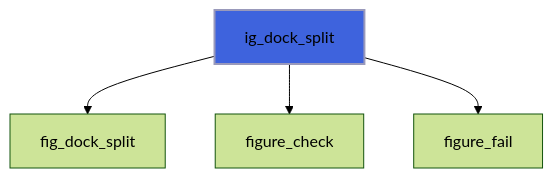
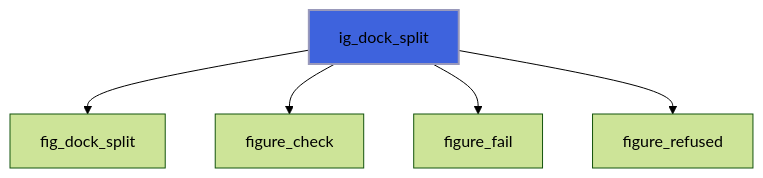
The third of 9 diagrams in docs/api/src/lib/figure_dock.md (szaghi/figure), drawn with Mermaid (forest theme) before and after one commit. The commit also changed other lines of this file and 10 other files, not shown here.

````diff
--- a/docs/api/src/lib/figure_dock.md
+++ b/docs/api/src/lib/figure_dock.md
@@ -109,7 +113,8 @@
 ```mermaid
 flowchart TD
   ig_dock_split["ig_dock_split"] --> fig_dock_split["fig_dock_split"]
   ig_dock_split["ig_dock_split"] --> figure_check["figure_check"]
   ig_dock_split["ig_dock_split"] --> figure_fail["figure_fail"]
+  ig_dock_split["ig_dock_split"] --> figure_refused["figure_refused"]
   style ig_dock_split fill:#3e63dd,stroke:#99b,stroke-width:2px
 ```
````
